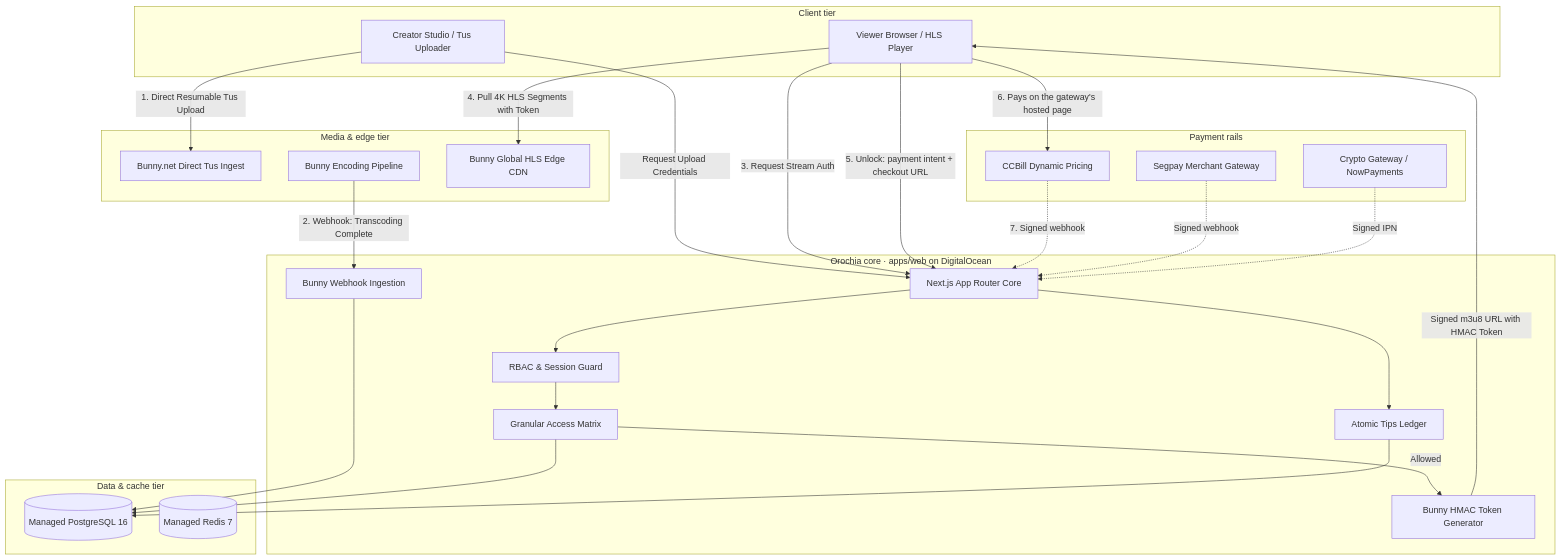
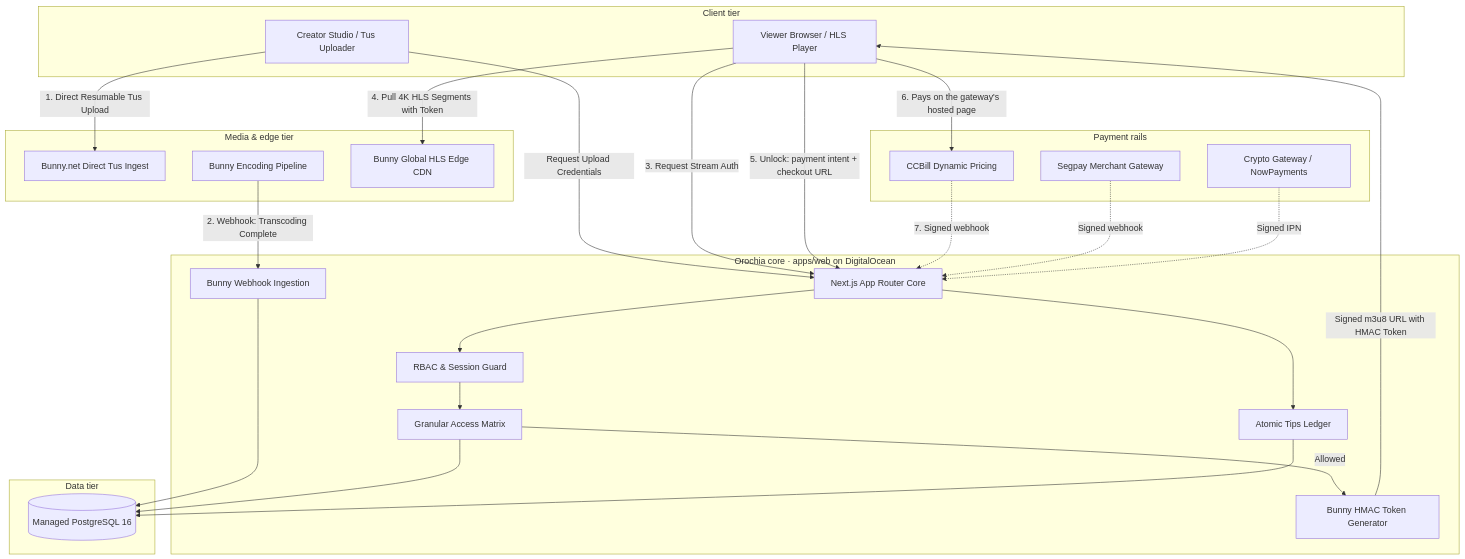
One commit to krizaka/orochia changed the first of 2 diagrams in docs/ARCHITECTURE.md. Above: the diagram before and after it, drawn with Mermaid. The commit also changed 31 other files, not shown here.

````diff
--- a/docs/ARCHITECTURE.md
+++ b/docs/ARCHITECTURE.md
@@ -9,55 +9,54 @@
 ```mermaid
 graph TD
     subgraph CLIENT["Client tier"]
         UserBrowser[Viewer Browser / HLS Player]
         CreatorBrowser[Creator Studio / Tus Uploader]
     end
 
     subgraph CORE["Orochia core · apps/web on DigitalOcean"]
         NextApp[Next.js App Router Core]
         AuthGuard[RBAC & Session Guard]
         AccessResolver[Granular Access Matrix]
         StreamSigner[Bunny HMAC Token Generator]
         LedgerService[Atomic Tips Ledger]
         WebhookReceiver[Bunny Webhook Ingestion]
     end
 
-    subgraph DATA["Data & cache tier"]
+    subgraph DATA["Data tier"]
         Postgres[(Managed PostgreSQL 16)]
-        RedisCache[(Managed Redis 7)]
     end
 
     subgraph EDGE["Media & edge tier"]
         BunnyTus[Bunny.net Direct Tus Ingest]
         BunnyTranscoder[Bunny Encoding Pipeline]
         BunnyEdge[Bunny Global HLS Edge CDN]
     end
 
     subgraph RAILS["Payment rails"]
         CCBill[CCBill Dynamic Pricing]
         Segpay[Segpay Merchant Gateway]
         CryptoGW[Crypto Gateway / NowPayments]
     end
 
     CreatorBrowser -->|1. Direct Resumable Tus Upload| BunnyTus
     CreatorBrowser -->|Request Upload Credentials| NextApp
     BunnyTranscoder -->|2. Webhook: Transcoding Complete| WebhookReceiver
     WebhookReceiver --> Postgres
 
     UserBrowser -->|3. Request Stream Auth| NextApp
     NextApp --> AuthGuard
     AuthGuard --> AccessResolver
     AccessResolver --> Postgres
     AccessResolver -->|Allowed| StreamSigner
     StreamSigner -->|Signed m3u8 URL with HMAC Token| UserBrowser
 
     UserBrowser -->|4. Pull 4K HLS Segments with Token| BunnyEdge
 
     UserBrowser -->|5. Unlock: payment intent + checkout URL| NextApp
     UserBrowser -->|6. Pays on the gateway's hosted page| CCBill
     CCBill -.->|7. Signed webhook| NextApp
     Segpay -.->|Signed webhook| NextApp
     CryptoGW -.->|Signed IPN| NextApp
     NextApp --> LedgerService
     LedgerService --> Postgres
 ```
````
